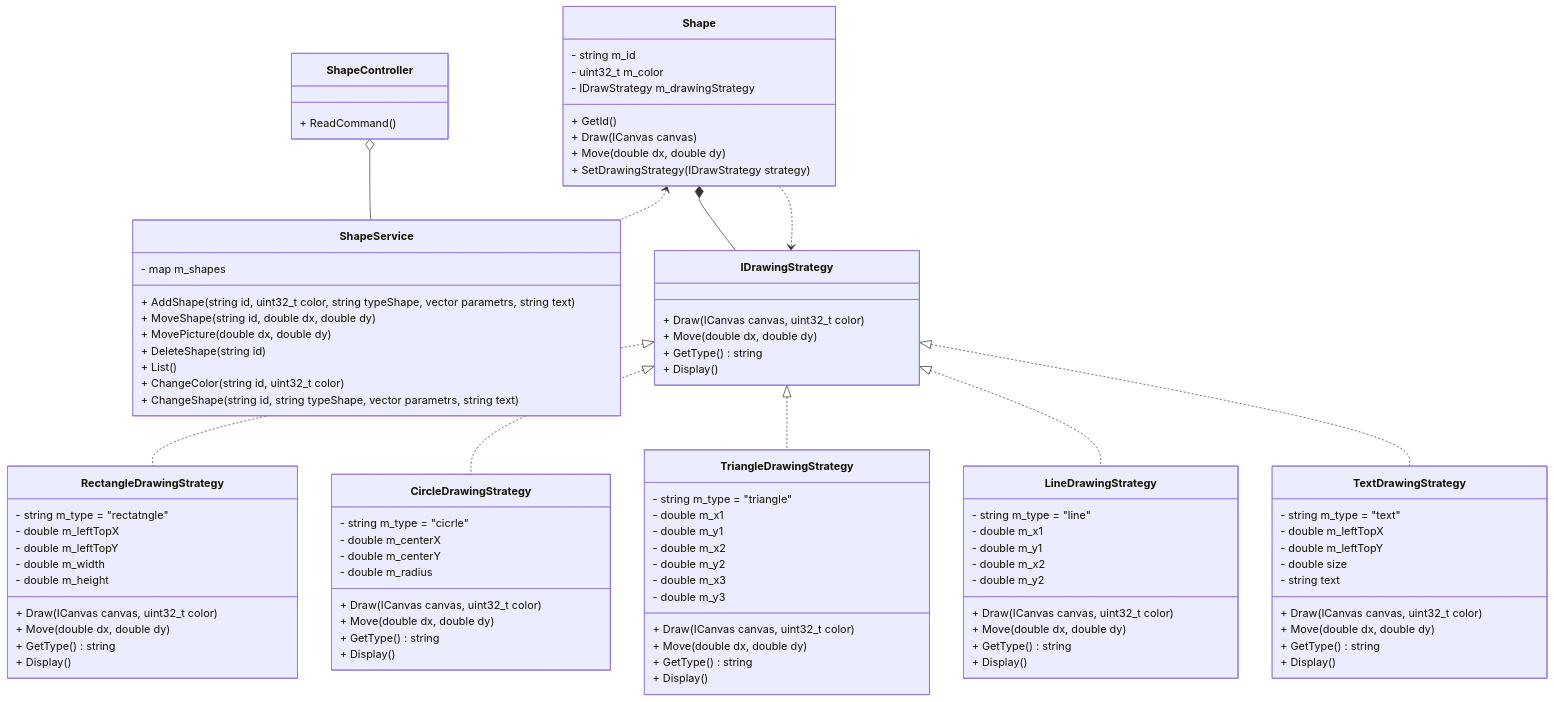
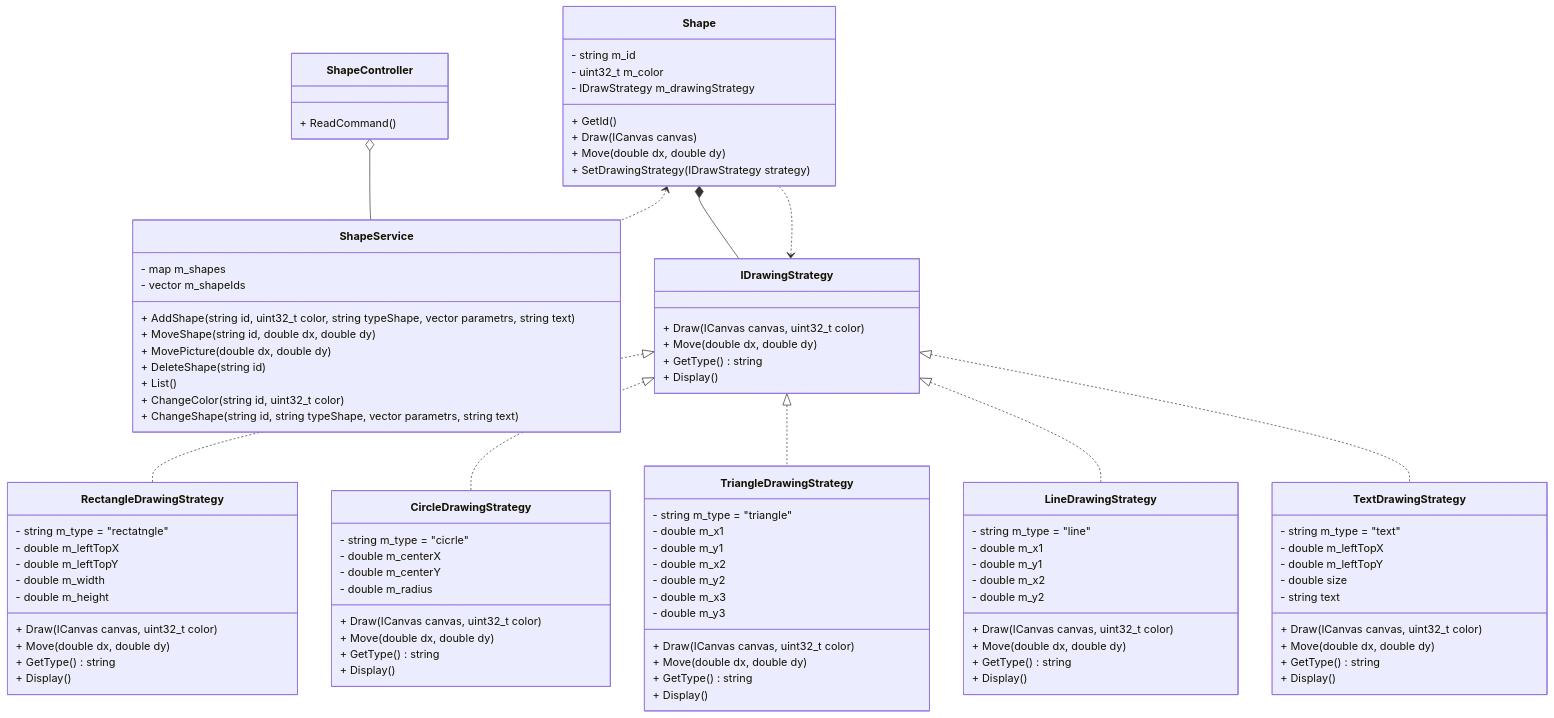
Before and after one commit to 555Jeka555/OOD-labs: the diagram in lab1/4/docs.md, drawn with Mermaid. The commit also changed 5 other files, not shown here.

```diff
--- a/lab1/4/docs.md
+++ b/lab1/4/docs.md
@@ -19,6 +19,7 @@
 
     class ShapeService {
         - map<string, Shape> m_shapes
+        - vector<string> m_shapeIds
         + AddShape(string id, uint32_t color, string typeShape, vector<double> parametrs, string text)
         + MoveShape(string id, double dx, double dy)
         + MovePicture(double dx, double dy)
```
